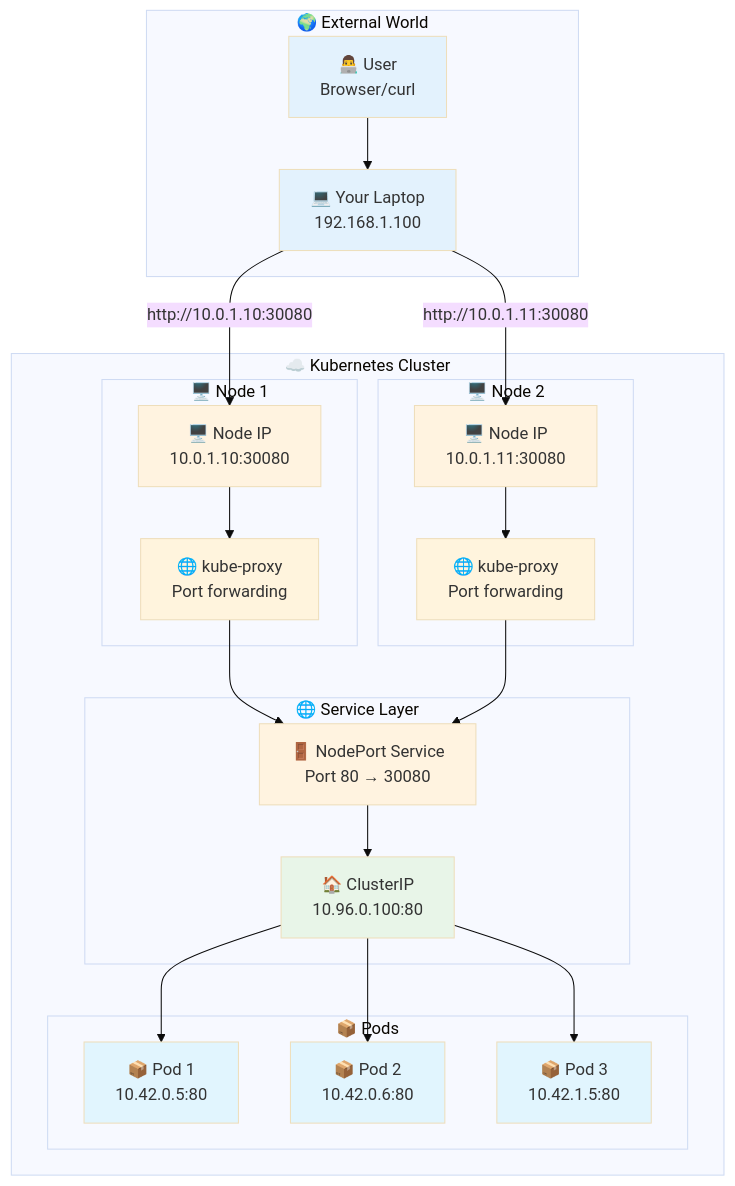
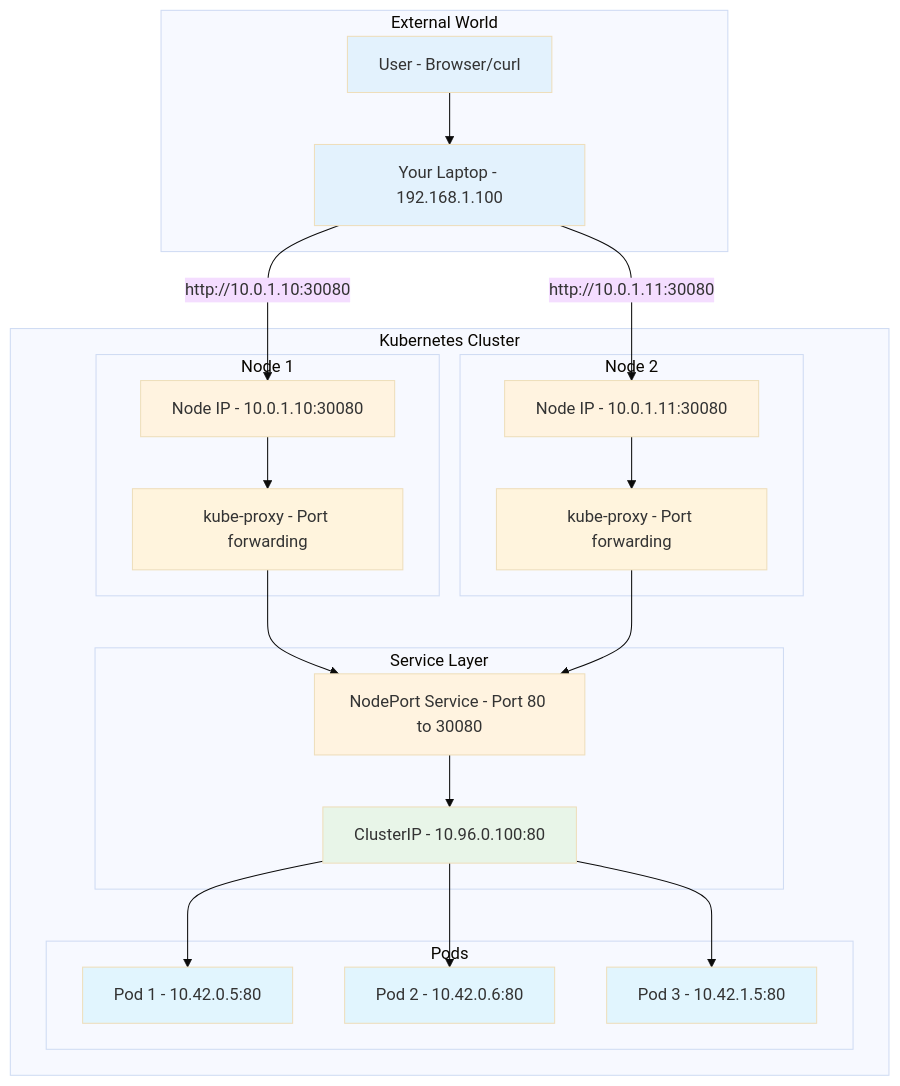
Before and after one commit to manikcloud/cloud-devops-learning-path: diagram 11 of 26 in Section-2-DevOps/Session-7_Kubernetes/04-services-networking/README.md, drawn with Mermaid (base theme). The commit also changed other lines of this file, not shown here.

First line of the commit message:
Fix mermaid diagram syntax errors - Part 1

````diff
--- a/Section-2-DevOps/Session-7_Kubernetes/04-services-networking/README.md
+++ b/Section-2-DevOps/Session-7_Kubernetes/04-services-networking/README.md
@@ -478,53 +478,53 @@
 ```mermaid
 graph TB
-    subgraph "🌍 External World"
-        USER[👨‍💻 User<br/>Browser/curl]
-        LAPTOP[💻 Your Laptop<br/>192.168.1.100]
+    subgraph "External World"
+        USER[User - Browser/curl]
+        LAPTOP[Your Laptop - 192.168.1.100]
     end
     
-    subgraph "☁️ Kubernetes Cluster"
-        subgraph "🖥️ Node 1"
-            NODE1[🖥️ Node IP<br/>10.0.1.10:30080]
-            KUBE_PROXY1[🌐 kube-proxy<br/>Port forwarding]
+    subgraph "Kubernetes Cluster"
+        subgraph "Node 1"
+            NODE1[Node IP - 10.0.1.10:30080]
+            KUBE_PROXY1[kube-proxy - Port forwarding]
         end
         
-        subgraph "🖥️ Node 2"
-            NODE2[🖥️ Node IP<br/>10.0.1.11:30080]
-            KUBE_PROXY2[🌐 kube-proxy<br/>Port forwarding]
+        subgraph "Node 2"
+            NODE2[Node IP - 10.0.1.11:30080]
+            KUBE_PROXY2[kube-proxy - Port forwarding]
         end
         
-        subgraph "🌐 Service Layer"
-            NODEPORT_SVC[🚪 NodePort Service<br/>Port 80 → 30080]
-            CLUSTERIP[🏠 ClusterIP<br/>10.96.0.100:80]
+        subgraph "Service Layer"
+            NODEPORT_SVC[NodePort Service - Port 80 to 30080]
+            CLUSTERIP[ClusterIP - 10.96.0.100:80]
         end
         
-        subgraph "📦 Pods"
-            POD1[📦 Pod 1<br/>10.42.0.5:80]
-            POD2[📦 Pod 2<br/>10.42.0.6:80]
-            POD3[📦 Pod 3<br/>10.42.1.5:80]
+        subgraph "Pods"
+            POD1[Pod 1 - 10.42.0.5:80]
+            POD2[Pod 2 - 10.42.0.6:80]
+            POD3[Pod 3 - 10.42.1.5:80]
         end
     end
     
     USER --> LAPTOP
     LAPTOP -->|http://10.0.1.10:30080| NODE1
     LAPTOP -->|http://10.0.1.11:30080| NODE2
     
     NODE1 --> KUBE_PROXY1
     NODE2 --> KUBE_PROXY2
     KUBE_PROXY1 --> NODEPORT_SVC
     KUBE_PROXY2 --> NODEPORT_SVC
     NODEPORT_SVC --> CLUSTERIP
     CLUSTERIP --> POD1
     CLUSTERIP --> POD2
     CLUSTERIP --> POD3
     
     style USER fill:#e3f2fd
     style LAPTOP fill:#e3f2fd
     style NODE1 fill:#fff3e0
     style NODE2 fill:#fff3e0
     style NODEPORT_SVC fill:#fff3e0
     style CLUSTERIP fill:#e8f5e8
     style POD1 fill:#e1f5fe
     style POD2 fill:#e1f5fe
     style POD3 fill:#e1f5fe
 ```
````
